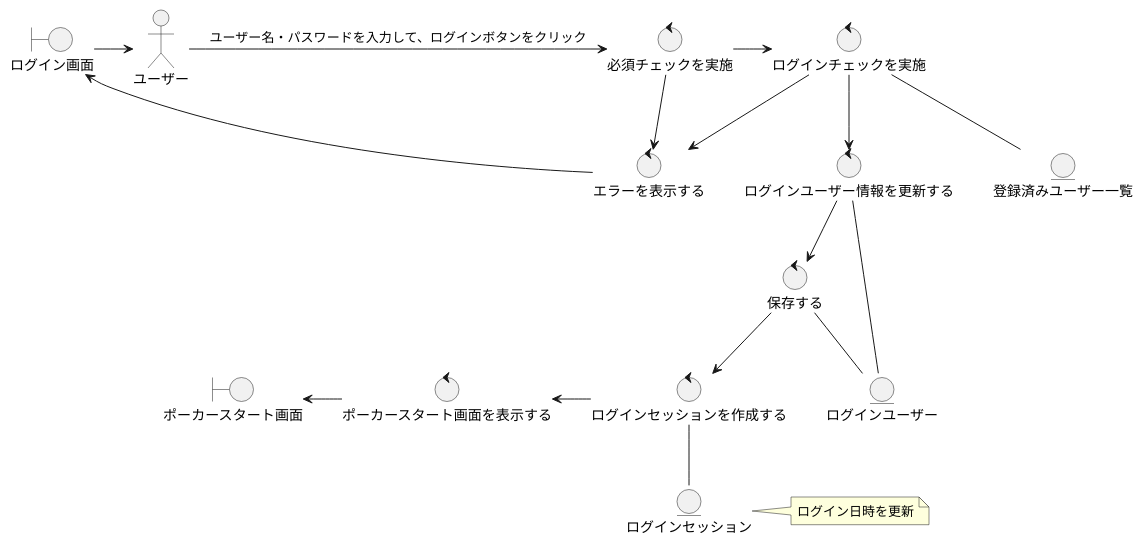
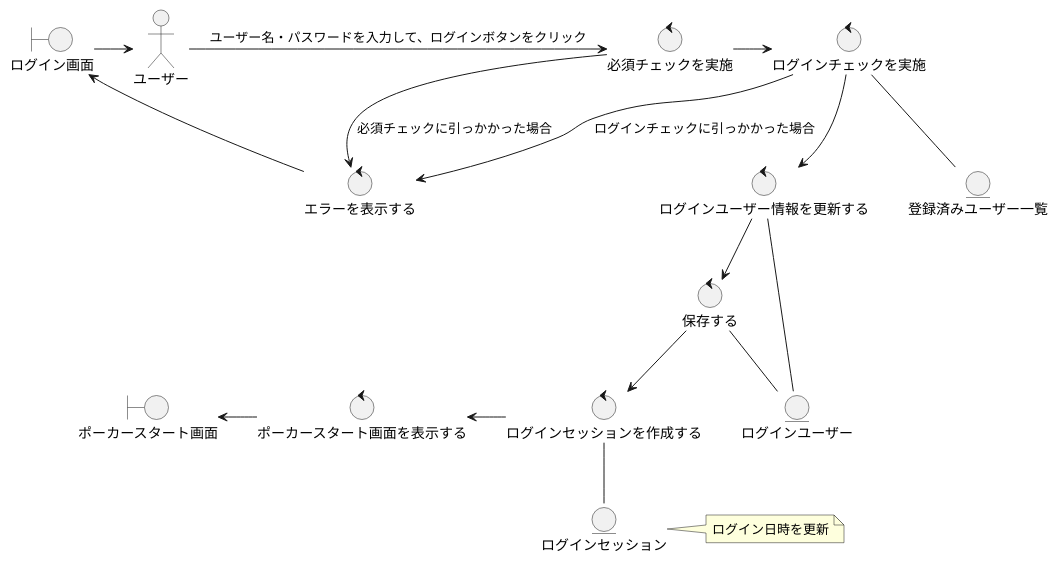
The diagram in docs/詳細設計/ロバストネス図/ログイン/ログインする(ロバストネス図).puml (CSTSCSTS/UserAp), drawn with PlantUML before and after one commit. The commit also changed 3 other files, not shown here.

Commit message:
ロバストネス図の代替コース箇所を修正

```diff
--- a/docs/詳細設計/ロバストネス図/ログイン/ログインする(ロバストネス図).puml
+++ b/docs/詳細設計/ロバストネス図/ログイン/ログインする(ロバストネス図).puml
@@ -1,43 +1,43 @@
 @startuml
 
 actor ユーザー
 
 boundary ログイン画面
 boundary ポーカースタート画面
 control 必須チェックを実施
 control ログインチェックを実施
 control ログインセッションを作成する
 control ポーカースタート画面を表示する
 control ログインユーザー情報を更新する
 control ログインセッションを作成する
 control 保存する
 control エラーを表示する
 entity 登録済みユーザー一覧
 entity ログインユーザー
 entity ログインセッション
 
 
 '基本コース
 ログイン画面 -right-> ユーザー
 ユーザー -right-> 必須チェックを実施 : ユーザー名・パスワードを入力して、ログインボタンをクリック
 必須チェックを実施 -right-> ログインチェックを実施
 ログインチェックを実施 -down-> ログインユーザー情報を更新する
 note right : ログイン日時を更新
 ログインユーザー情報を更新する -down-> 保存する
 保存する -down-> ログインセッションを作成する
 ログインセッションを作成する -left-> ポーカースタート画面を表示する
 ポーカースタート画面を表示する -left-> ポーカースタート画面
 
 ログインチェックを実施 -- 登録済みユーザー一覧
 ログインユーザー情報を更新する -- ログインユーザー
 保存する -- ログインユーザー
 ログインセッションを作成する -- ログインセッション
 
 '代替コース
-必須チェックを実施 -down-> エラーを表示する
-ログインチェックを実施 -down-> エラーを表示する
+必須チェックを実施 -down-> エラーを表示する : 必須チェックに引っかかった場合
+ログインチェックを実施 -down-> エラーを表示する : ログインチェックに引っかかった場合
 
 エラーを表示する -up-> ログイン画面
 
 
 @enduml
```
